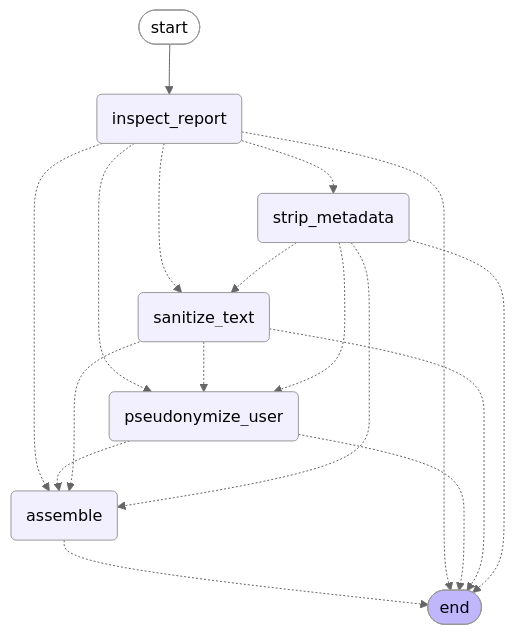
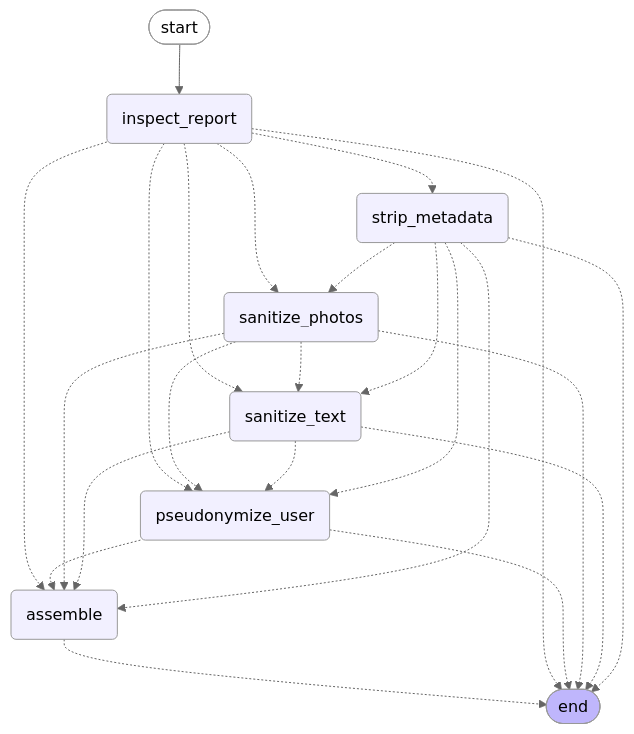
One commit to JoshK00/ortsbild changed the first of 2 diagrams in docs/diagrams/privacy-graph.md. Above: the diagram before and after it, drawn with Mermaid (neutral theme). The commit also changed other lines of this file and 12 other files, not shown here.

First line of the commit message:
Add sanitize_photos: black out faces and optionally personal text in images

````diff
--- a/docs/diagrams/privacy-graph.md
+++ b/docs/diagrams/privacy-graph.md
@@ -5,29 +5,36 @@
 ```mermaid
 graph TD;
 	__start__([start]):::first
 	inspect_report(inspect_report)
 	strip_metadata(strip_metadata)
+	sanitize_photos(sanitize_photos)
 	sanitize_text(sanitize_text)
 	pseudonymize_user(pseudonymize_user)
 	assemble(assemble)
 	__end__([end]):::last
 	__start__ --> inspect_report;
 	assemble -.-> __end__;
 	inspect_report -.-> __end__;
 	inspect_report -.-> assemble;
 	inspect_report -.-> pseudonymize_user;
+	inspect_report -.-> sanitize_photos;
 	inspect_report -.-> sanitize_text;
 	inspect_report -.-> strip_metadata;
 	pseudonymize_user -.-> __end__;
 	pseudonymize_user -.-> assemble;
+	sanitize_photos -.-> __end__;
+	sanitize_photos -.-> assemble;
+	sanitize_photos -.-> pseudonymize_user;
+	sanitize_photos -.-> sanitize_text;
 	sanitize_text -.-> __end__;
 	sanitize_text -.-> assemble;
 	sanitize_text -.-> pseudonymize_user;
 	strip_metadata -.-> __end__;
 	strip_metadata -.-> assemble;
 	strip_metadata -.-> pseudonymize_user;
+	strip_metadata -.-> sanitize_photos;
 	strip_metadata -.-> sanitize_text;
 	classDef default fill:#f2f0ff,line-height:1.2
 	classDef first fill-opacity:0
 	classDef last fill:#bfb6fc
 ```
````
